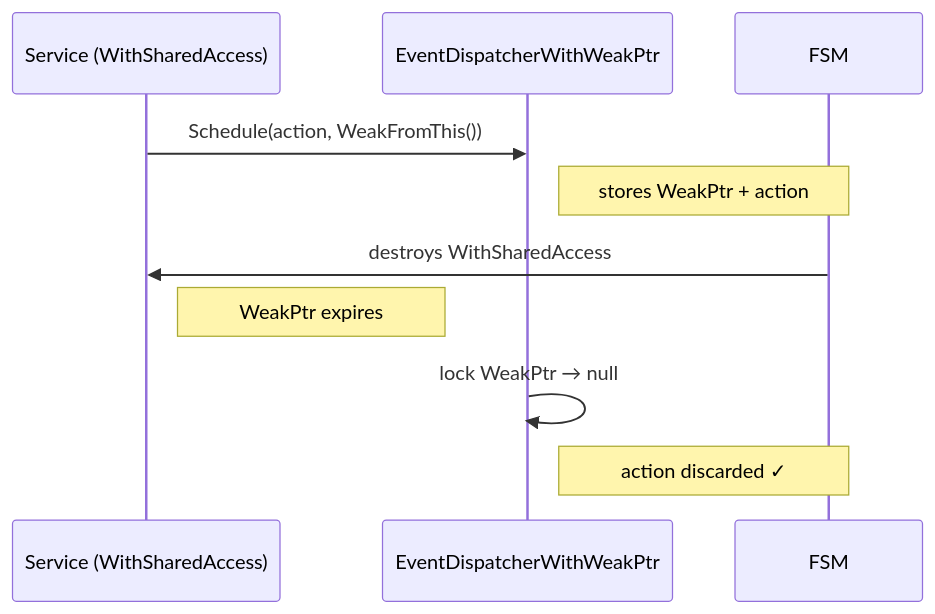
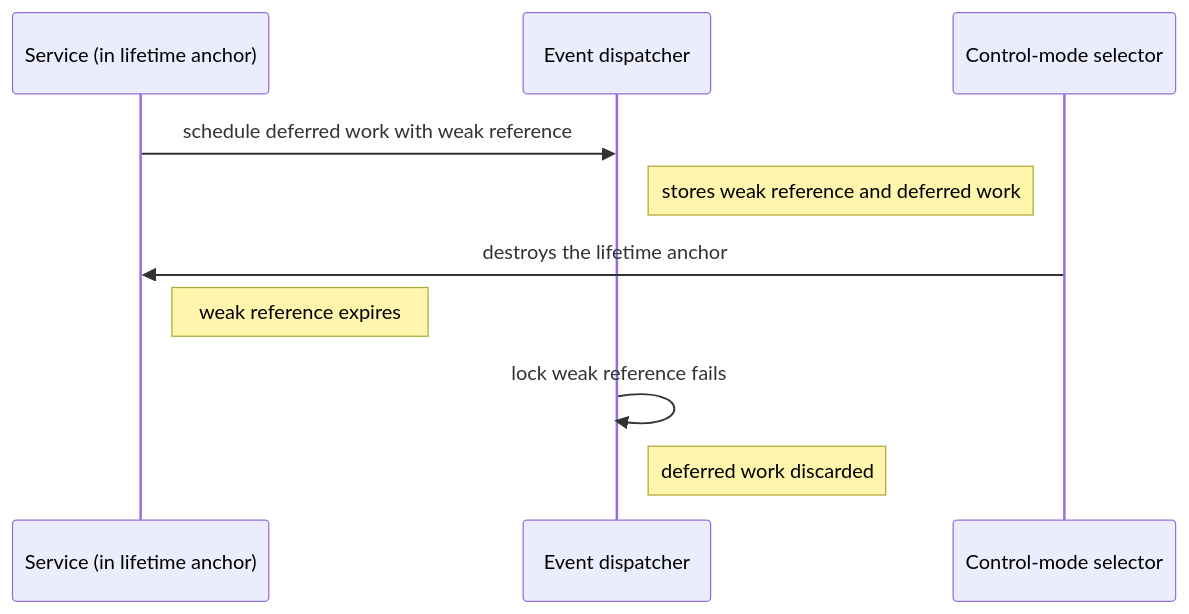
One commit to embedded-pro/e-foc changed the second of 6 diagrams in documentation/design/async-callback-lifetime.md. Above: the diagram before and after it, drawn with Mermaid. The commit also changed other lines of this file and 37 other files, not shown here.

````diff
--- a/documentation/design/async-callback-lifetime.md
+++ b/documentation/design/async-callback-lifetime.md
@@ -63,13 +63,13 @@
 ```mermaid
 sequenceDiagram
-    participant Service as Service (WithSharedAccess)
-    participant Dispatcher as EventDispatcherWithWeakPtr
-    participant FSM
+    participant Service as Service (in lifetime anchor)
+    participant Dispatcher as Event dispatcher
+    participant Selector as Control-mode selector
 
-    Service->>Dispatcher: Schedule(action, WeakFromThis())
-    Note right of Dispatcher: stores WeakPtr + action
-    FSM->>Service: destroys WithSharedAccess
-    Note right of Service: WeakPtr expires
-    Dispatcher->>Dispatcher: lock WeakPtr → null
-    Note right of Dispatcher: action discarded ✓
+    Service->>Dispatcher: schedule deferred work with weak reference
+    Note right of Dispatcher: stores weak reference and deferred work
+    Selector->>Service: destroys the lifetime anchor
+    Note right of Service: weak reference expires
+    Dispatcher->>Dispatcher: lock weak reference fails
+    Note right of Dispatcher: deferred work discarded
 ```
````
